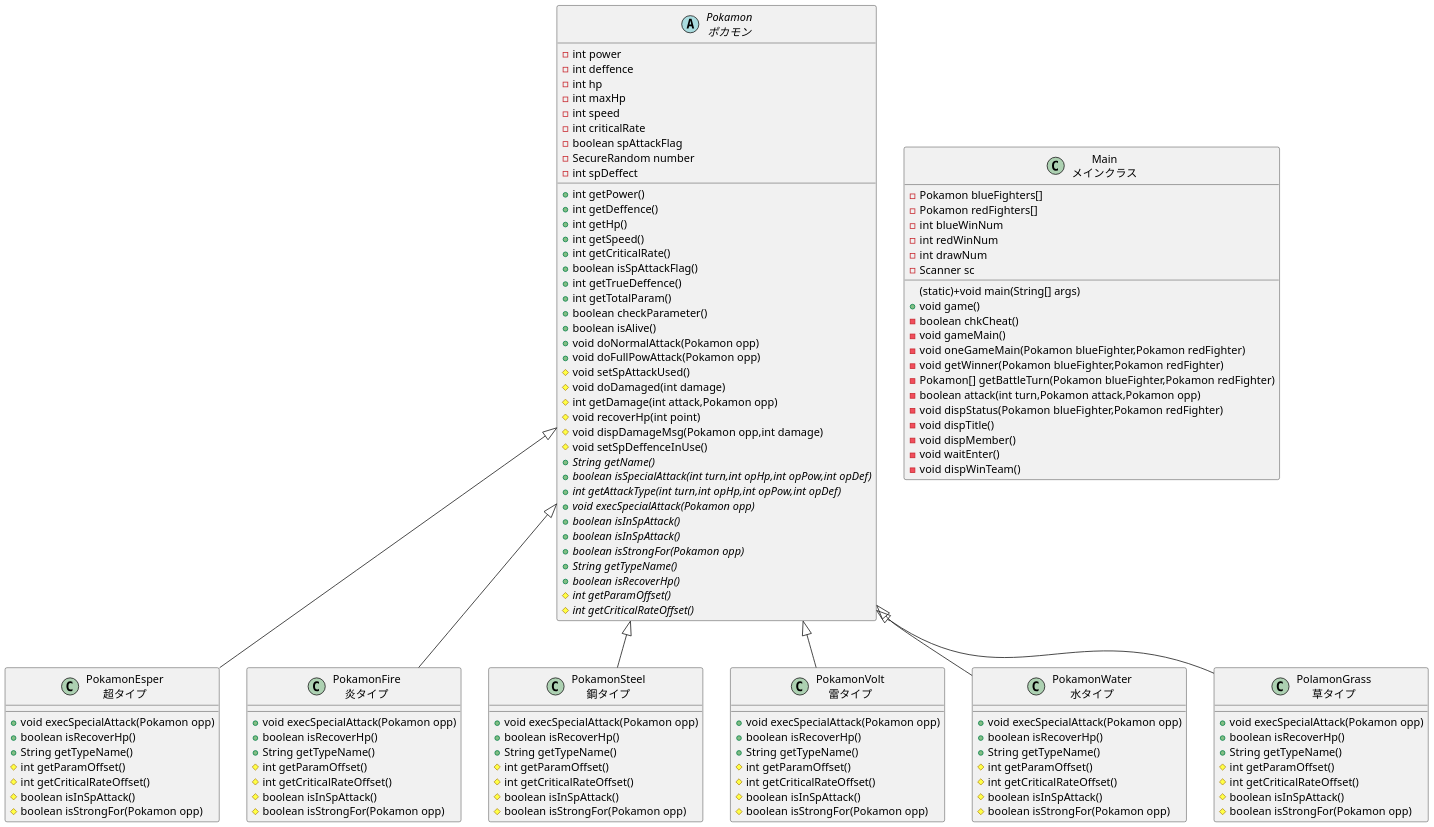
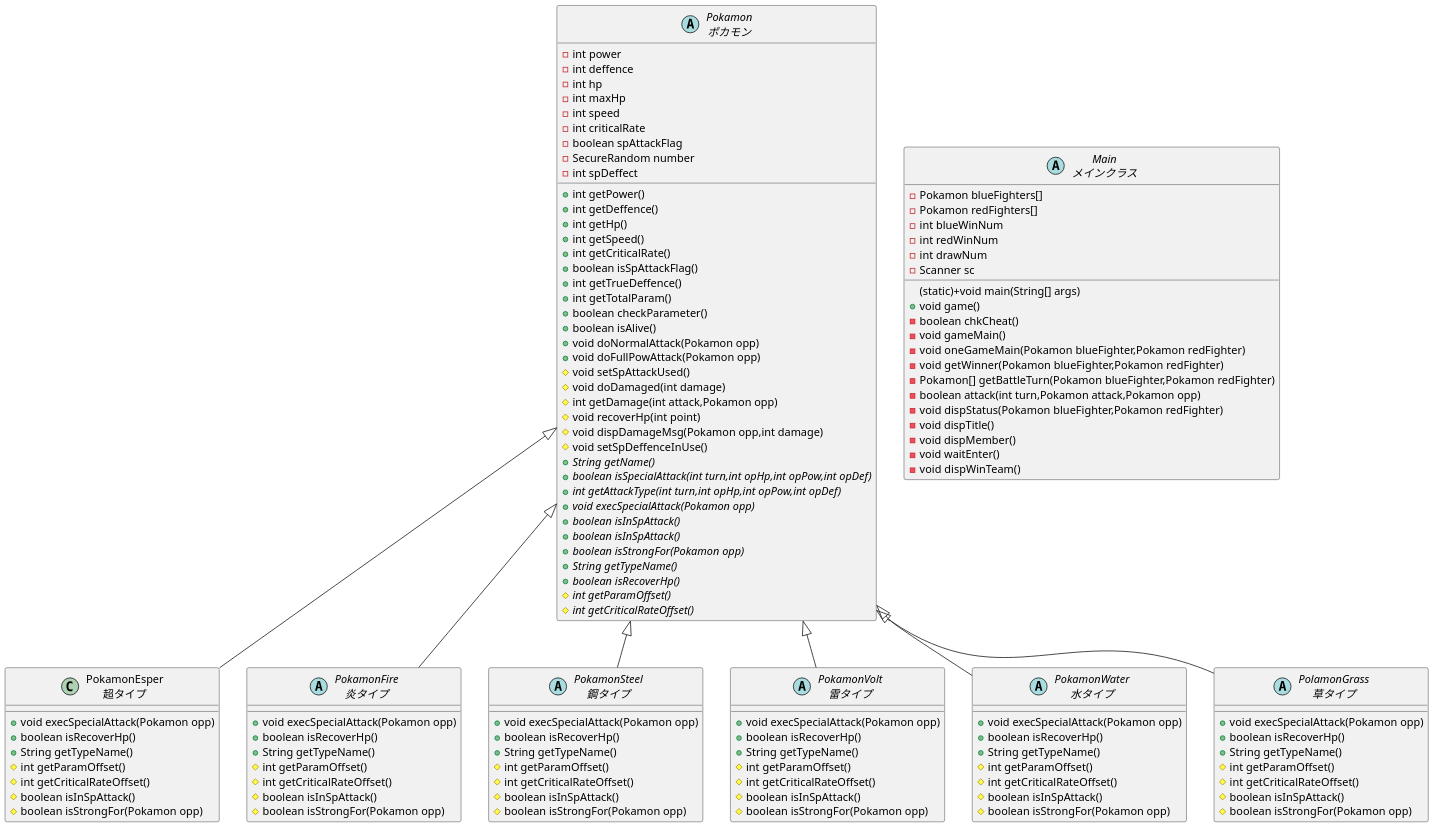
The diagram in Pokamon.md (nishino-naoyuki/2021design), drawn with PlantUML before and after one commit.

```diff
--- a/Pokamon.md
+++ b/Pokamon.md
@@ -51,7 +51,7 @@
   #boolean isStrongFor(Pokamon opp)
 }
 
-class "PokamonFire\n炎タイプ" as pokamonFire{
+abstract class "PokamonFire\n炎タイプ" as pokamonFire{
   +void execSpecialAttack(Pokamon opp)
   +boolean isRecoverHp()
   +String getTypeName()
@@ -61,7 +61,7 @@
   #boolean isStrongFor(Pokamon opp)
 }
 
-class "PokamonSteel\n鋼タイプ" as pokamonSteel{
+abstract class "PokamonSteel\n鋼タイプ" as pokamonSteel{
   +void execSpecialAttack(Pokamon opp)
   +boolean isRecoverHp()
   +String getTypeName()
@@ -71,7 +71,7 @@
   #boolean isStrongFor(Pokamon opp)
 }
 
-class "PokamonVolt\n雷タイプ" as pokamonVolt{
+abstract class "PokamonVolt\n雷タイプ" as pokamonVolt{
   +void execSpecialAttack(Pokamon opp)
   +boolean isRecoverHp()
   +String getTypeName()
@@ -81,7 +81,7 @@
   #boolean isStrongFor(Pokamon opp)
 }
 
-class "PokamonWater\n水タイプ" as pokamonWater{
+abstract class "PokamonWater\n水タイプ" as pokamonWater{
   +void execSpecialAttack(Pokamon opp)
   +boolean isRecoverHp()
   +String getTypeName()
@@ -91,7 +91,7 @@
   #boolean isStrongFor(Pokamon opp)
 }
 
-class "PolamonGrass\n草タイプ" as polamonGrass{
+abstract class "PolamonGrass\n草タイプ" as polamonGrass{
   +void execSpecialAttack(Pokamon opp)
   +boolean isRecoverHp()
   +String getTypeName()
@@ -101,7 +101,7 @@
   #boolean isStrongFor(Pokamon opp)
 }
 
-class "Main\nメインクラス" as main{
+abstract class "Main\nメインクラス" as main{
     -Pokamon blueFighters[]
     -Pokamon redFighters[]
     -int blueWinNum
```
